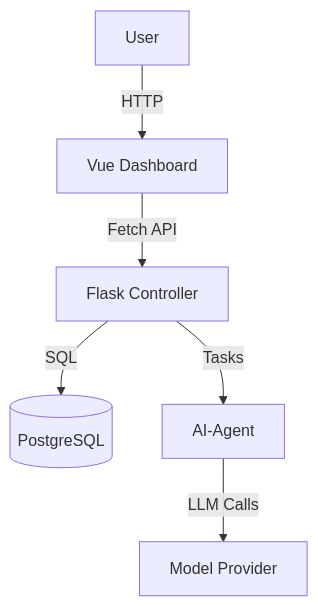
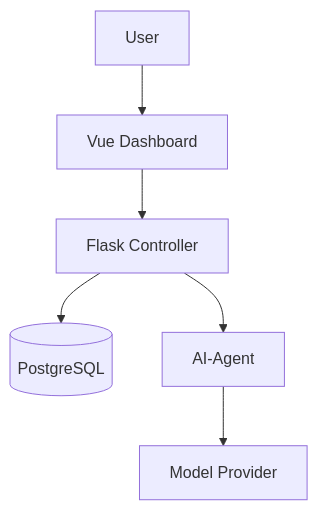
Before and after one commit to ananta888/ananta: the diagram in architektur/uml/component-diagram.mmd, drawn with Mermaid. The commit also changed 2 other files, not shown here.

Commit message:
Add `/db/contents` endpoint for schema table retrieval in Agent and Controller
- Introduce `/db/contents` endpoint to fetch tables and rows from respective schemas (`agent` and `controller`).
- Support query parameters for table filtering, row limits, offsets, and inclusion of empty tables.
- Update `component-diagram.mmd` to reflect new functionality in architecture diagram.

```diff
--- a/architektur/uml/component-diagram.mmd
+++ b/architektur/uml/component-diagram.mmd
@@ -1,6 +1,7 @@
+
 graph TD
-  User[User] -->|HTTP| Frontend[Vue Dashboard]
-  Frontend -->|Fetch API| Controller[Flask Controller]
-  Controller -->|SQL| Database[(PostgreSQL)]
-  Controller -->|Tasks| AIAgent[AI-Agent]
-  AIAgent -->|LLM Calls| LLM[Model Provider]
+  User[User] --> Frontend[Vue Dashboard]
+  Frontend --> Controller[Flask Controller]
+  Controller --> Database[(PostgreSQL)]
+  Controller --> AIAgent[AI-Agent]
+  AIAgent --> LLM[Model Provider]
```
